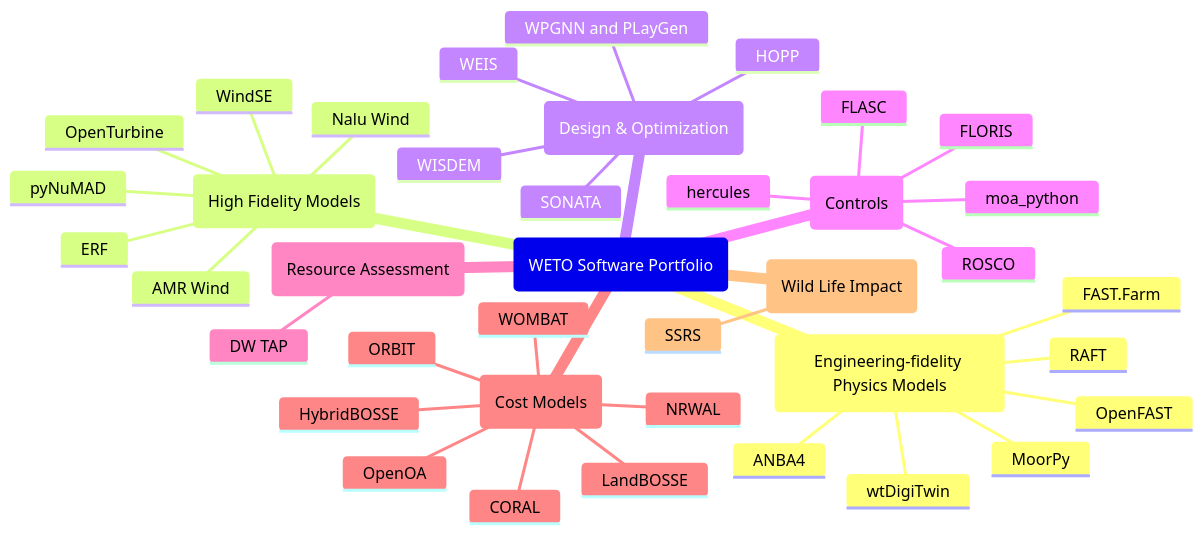
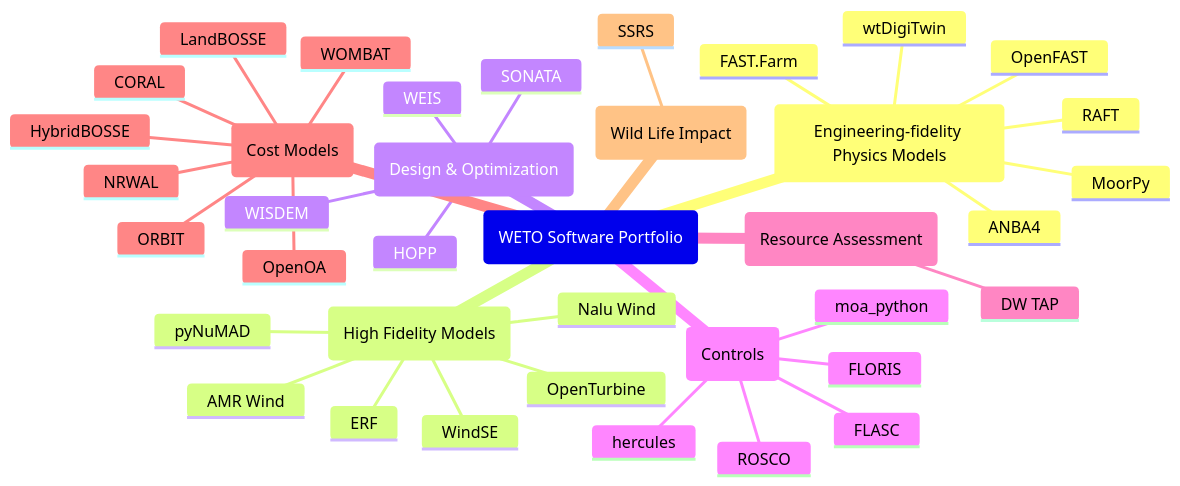
The diagram in docs/capabilities/overview.md (NREL/WETOStack), drawn with Mermaid before and after one commit. The commit also changed 1 other file, not shown here.

Commit message:
Move a stale software

````diff
--- a/docs/capabilities/overview.md
+++ b/docs/capabilities/overview.md
@@ -7,48 +7,47 @@
 ```{mermaid}
 mindmap
     root("WETO Software Portfolio")
         ps(Engineering-fidelity Physics Models)
             OpenFAST
             FAST.Farm
             MoorPy
             wtDigiTwin
             ANBA4
             RAFT
 
         hfm(High Fidelity Models)
             AMR Wind
             Nalu Wind
             OpenTurbine
             ERF
             WindSE
             pyNuMAD
 
         do(Design & Optimization)
             WEIS
             WISDEM
             HOPP
-            WPGNN and PLayGen
             SONATA
 
         ctrl(Controls)
             ROSCO
             FLORIS
             FLASC
             hercules
             moa_python
 
         ra(Resource Assessment)
             DW TAP
 
         cost(Cost Models)
             LandBOSSE
             HybridBOSSE
             ORBIT
             CORAL
             NRWAL
             WOMBAT
             OpenOA
 
         wild(Wild Life Impact)
             SSRS
 ```
````
